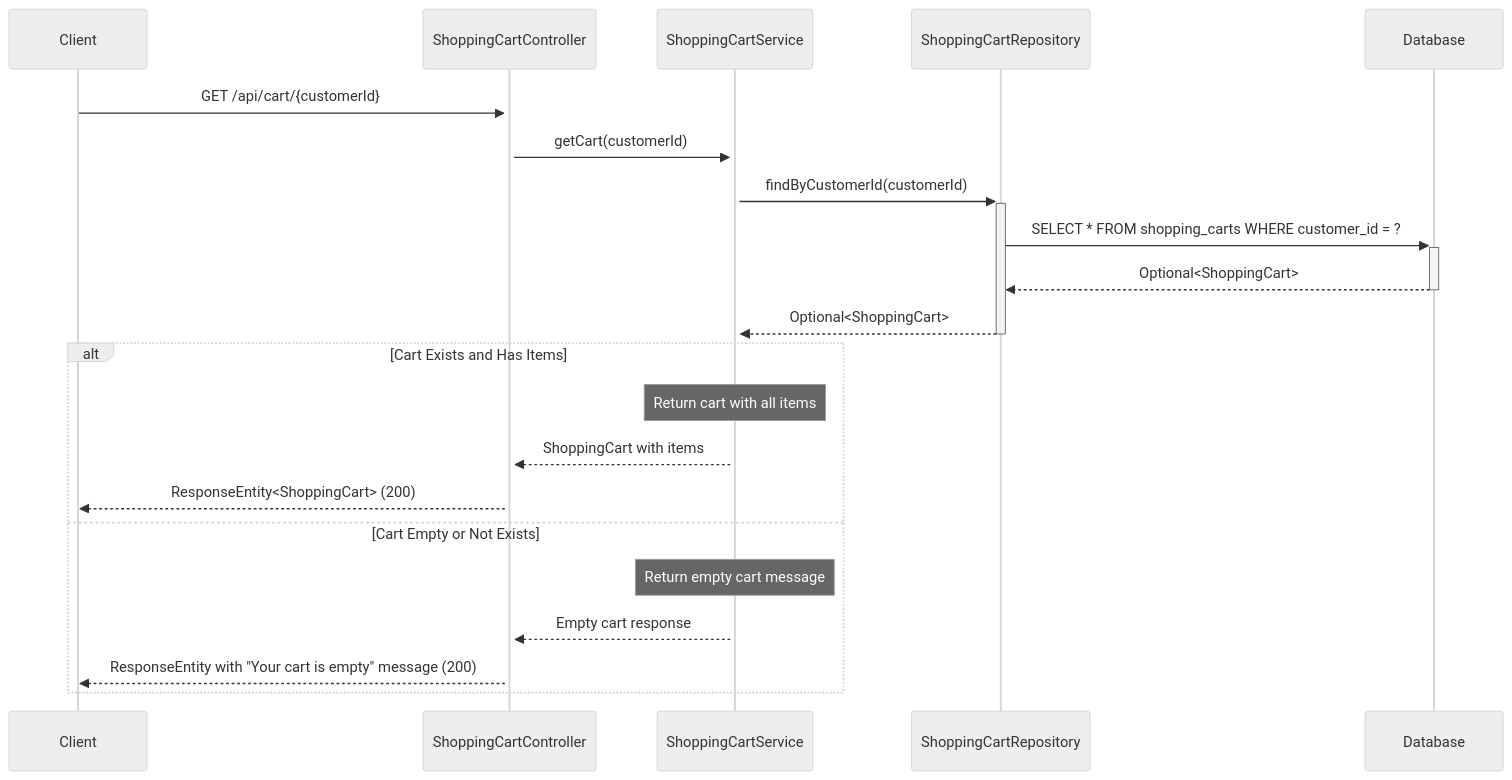
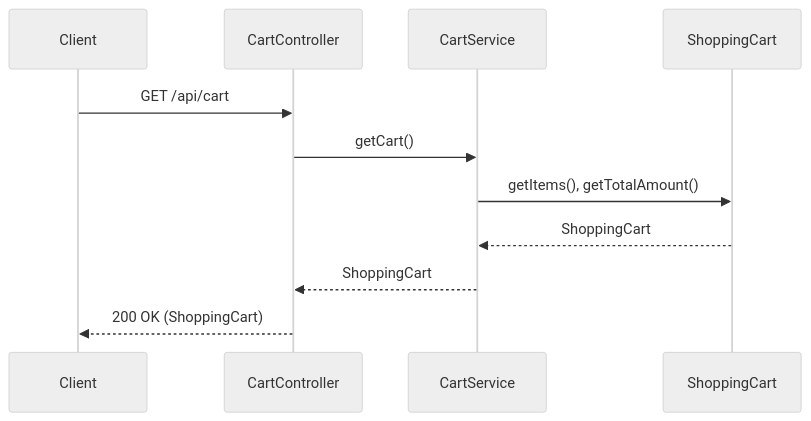
One commit to NavneetBN47/aava-ecom-demo changed diagram 11 of 13 in docs/LLD/lld.md. Above: the diagram before and after it, drawn with Mermaid (neutral theme). The commit also changed other lines of this file, not shown here.

````diff
--- a/docs/LLD/lld.md
+++ b/docs/LLD/lld.md
@@ -441,26 +429,14 @@
 ```mermaid
 sequenceDiagram
     participant Client
-    participant ShoppingCartController
-    participant ShoppingCartService
-    participant ShoppingCartRepository
-    participant Database
-    
-    Client->>+ShoppingCartController: GET /api/cart/{customerId}
-    ShoppingCartController->>+ShoppingCartService: getCart(customerId)
-    
-    ShoppingCartService->>+ShoppingCartRepository: findByCustomerId(customerId)
-    ShoppingCartRepository->>+Database: SELECT * FROM shopping_carts WHERE customer_id = ?
-    Database-->>-ShoppingCartRepository: Optional<ShoppingCart>
-    ShoppingCartRepository-->>-ShoppingCartService: Optional<ShoppingCart>
-    
-    alt Cart Exists and Has Items
-        Note over ShoppingCartService: Return cart with all items
-        ShoppingCartService-->>ShoppingCartController: ShoppingCart with items
-        ShoppingCartController-->>Client: ResponseEntity<ShoppingCart> (200)
-    else Cart Empty or Not Exists
-        Note over ShoppingCartService: Return empty cart message
-        ShoppingCartService-->>ShoppingCartController: Empty cart response
-        ShoppingCartController-->>Client: ResponseEntity with "Your cart is empty" message (200)
-    end
+    participant CartController
+    participant CartService
+    participant ShoppingCart
+
+    Client->>CartController: GET /api/cart
+    CartController->>CartService: getCart()
+    CartService->>ShoppingCart: getItems(), getTotalAmount()
+    ShoppingCart-->>CartService: ShoppingCart
+    CartService-->>CartController: ShoppingCart
+    CartController-->>Client: 200 OK (ShoppingCart)
 ```
````
